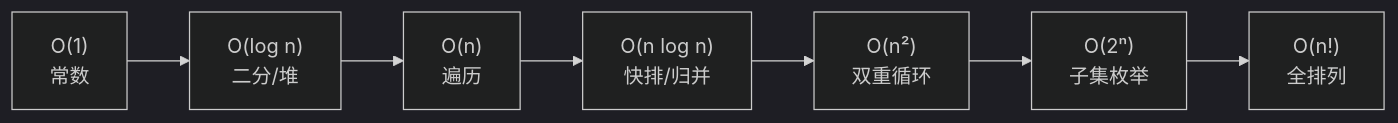
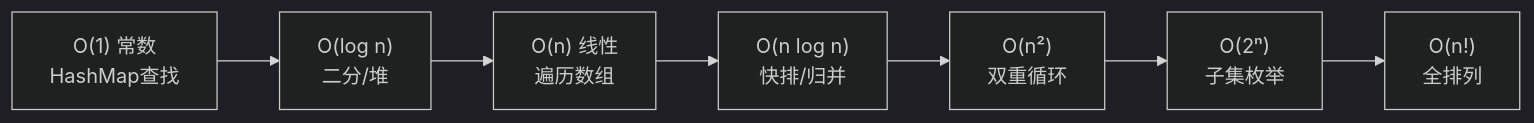
The first of 16 diagrams in dsa-deep-dive.md (SilkLee/full-stack-guide), drawn with Mermaid (dark theme) before and after one commit. The commit also changed other lines of this file, not shown here.

Commit message:
Rewrite DSA with diagrams: add Mermaid diagrams and step-by-step explanations for every algorithm

````diff
--- a/dsa-deep-dive.md
+++ b/dsa-deep-dive.md
@@ -41,9 +43,9 @@
 ```mermaid
 flowchart LR
-    O1["O(1)<br/>常数"] --> Ologn["O(log n)<br/>二分/堆"]
-    Ologn --> On["O(n)<br/>遍历"]
+    O1["O(1) 常数<br/>HashMap查找"] --> Ologn["O(log n)<br/>二分/堆"]
+    Ologn --> On["O(n) 线性<br/>遍历数组"]
     On --> Onlogn["O(n log n)<br/>快排/归并"]
     Onlogn --> On2["O(n²)<br/>双重循环"]
     On2 --> O2n["O(2ⁿ)<br/>子集枚举"]
     O2n --> Onf["O(n!)<br/>全排列"]
 ```
````
